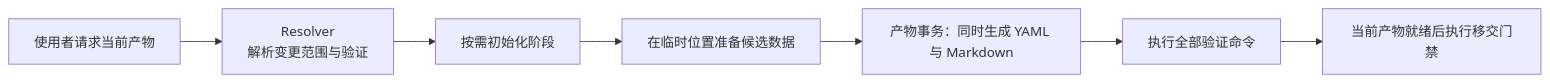
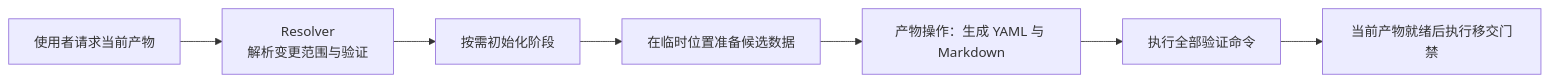
Before and after one commit to bigsmartben/pre-sdd: the third of 3 diagrams in templates/workspace/README.md, drawn with Mermaid. The commit also changed other lines of this file and 34 other files, not shown here.

````diff
--- a/templates/workspace/README.md
+++ b/templates/workspace/README.md
@@ -177,9 +179,9 @@
 ```mermaid
 flowchart LR
     R["使用者请求当前产物"] --> S["Resolver<br/>解析变更范围与验证"]
     S --> I["按需初始化阶段"]
     I --> E["在临时位置准备候选数据"]
-    E --> P["产物事务：同时生成 YAML 与 Markdown"]
+    E --> P["产物操作：生成 YAML 与 Markdown"]
     P --> V["执行全部验证命令"]
     V --> H["当前产物就绪后执行移交门禁"]
 ```
````
